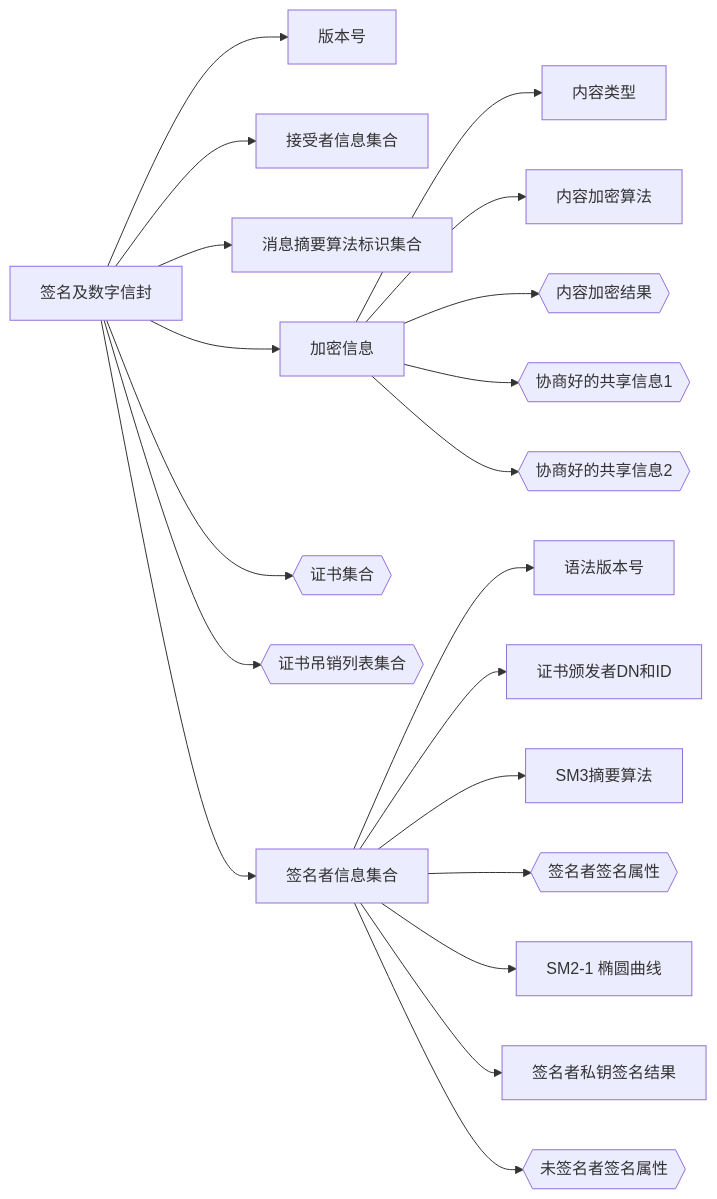
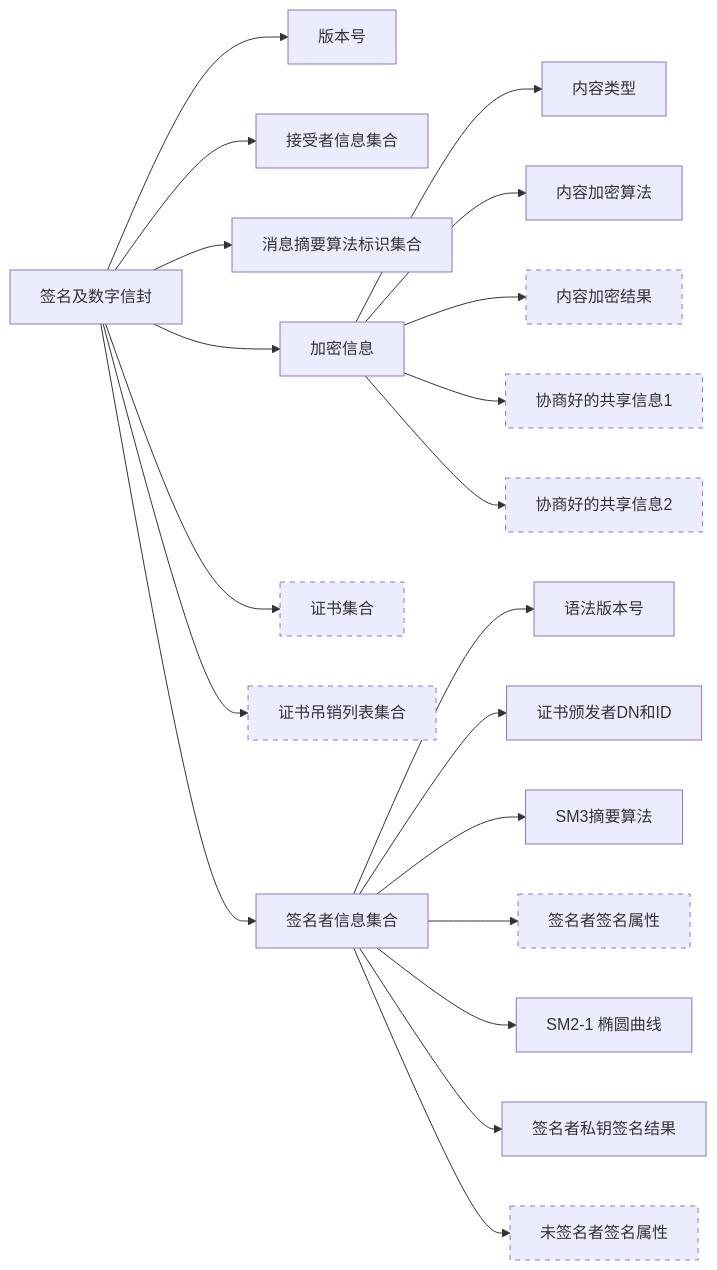
One commit to august295/august295.github.io changed the third of 5 diagrams in _posts/2025-05-13-SM2密码算法加密签名消息语法规范.md. Above: the diagram before and after it, drawn with Mermaid. The commit also changed other lines of this file and 1 other file, not shown here.

Commit message:
fix: 修改 GitHub 和 Chirpy 不支持 mermaid 各种框类型，改为自定义

````diff
--- a/_posts/2025-05-13-SM2密码算法加密签名消息语法规范.md
+++ b/_posts/2025-05-13-SM2密码算法加密签名消息语法规范.md
@@ -116,22 +120,24 @@
 ```mermaid
 graph LR
+    classDef dashed stroke-dasharray: 5
+
     SignedAndEnvelopedData[签名及数字信封] --> version[版本号]
     SignedAndEnvelopedData --> recipientInfos[接受者信息集合]
     SignedAndEnvelopedData --> digestAlgorithms[消息摘要算法标识集合]
     SignedAndEnvelopedData --> encryptedContentInfo[加密信息]
-    SignedAndEnvelopedData --> certificates{{证书集合}}
-    SignedAndEnvelopedData --> crls{{证书吊销列表集合}}
+    SignedAndEnvelopedData --> certificates[证书集合]:::dashed
+    SignedAndEnvelopedData --> crls[证书吊销列表集合]:::dashed
     SignedAndEnvelopedData --> signerInfos[签名者信息集合]
     encryptedContentInfo --> contentType[内容类型]
     encryptedContentInfo --> contentEncryptionAlgorithm[内容加密算法]
-    encryptedContentInfo --> encryptedContent{{内容加密结果}}
-    encryptedContentInfo --> sharedInfo1{{协商好的共享信息1}}
-    encryptedContentInfo --> sharedInfo2{{协商好的共享信息2}}
+    encryptedContentInfo --> encryptedContent[内容加密结果]:::dashed
+    encryptedContentInfo --> sharedInfo1[协商好的共享信息1]:::dashed
+    encryptedContentInfo --> sharedInfo2[协商好的共享信息2]:::dashed
     signerInfos --> si_version[语法版本号]
     signerInfos --> si_issuerAndSerialNumber[证书颁发者DN和ID]
     signerInfos --> si_digestAlgorithm[SM3摘要算法]
-    signerInfos --> si_authenticatedAttributes{{签名者签名属性}}
+    signerInfos --> si_authenticatedAttributes[签名者签名属性]:::dashed
     signerInfos --> si_digestEncryptionAlgorithm[SM2-1 椭圆曲线]
     signerInfos --> si_encryptedDigest[签名者私钥签名结果]
-    signerInfos --> si_unauthenticatedAttributes{{未签名者签名属性}}
+    signerInfos --> si_unauthenticatedAttributes[未签名者签名属性]:::dashed
 ```
````
